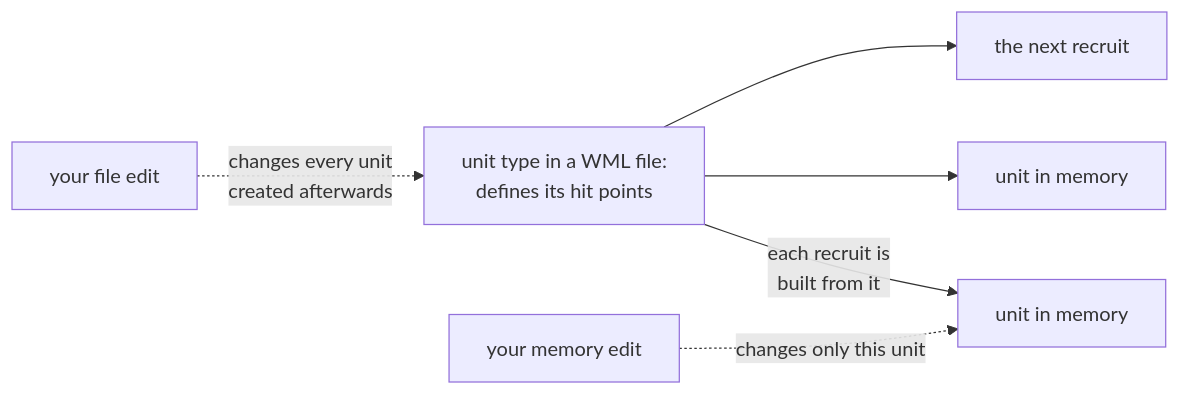
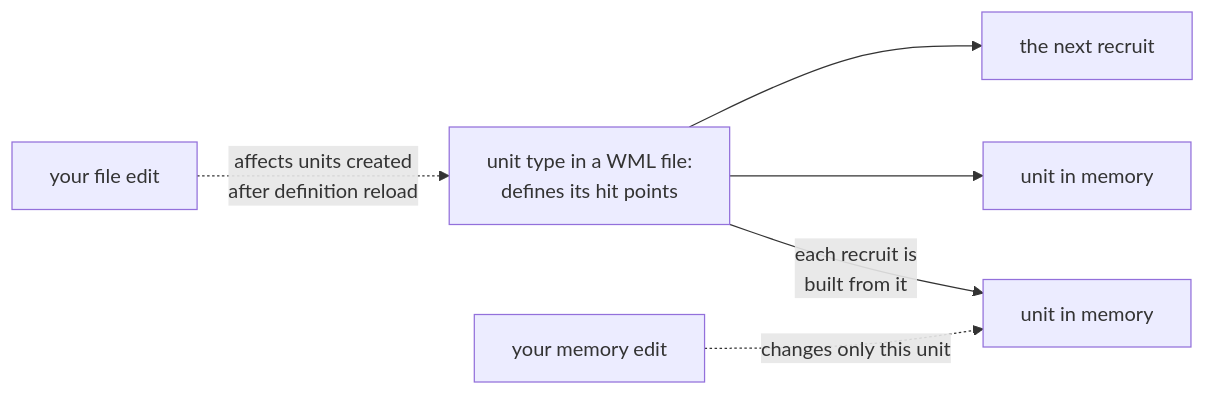
The fifth of 5 diagrams in site/src/content/docs/pages/1/11.mdx (MustCodeAl/rust-game-hacking-book), drawn with Mermaid before and after one commit. The commit also changed other lines of this file and 81 other files, not shown here.

````diff
--- a/site/src/content/docs/pages/1/11.mdx
+++ b/site/src/content/docs/pages/1/11.mdx
@@ -408,8 +414,8 @@
 ```mermaid
 flowchart LR
-    W["your file edit"] -.->|"changes every unit<br/>created afterwards"| D
+    W["your file edit"] -.->|"affects units created<br/>after definition reload"| D
     D["unit type in a WML file:<br/>defines its hit points"] -->|"each recruit is<br/>built from it"| U1["unit in memory"]
     D --> U2["unit in memory"]
     D --> U3["the next recruit"]
     M["your memory edit"] -.->|"changes only this unit"| U1
 ```
````
